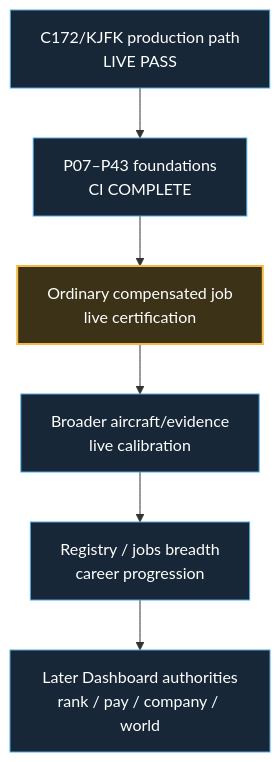
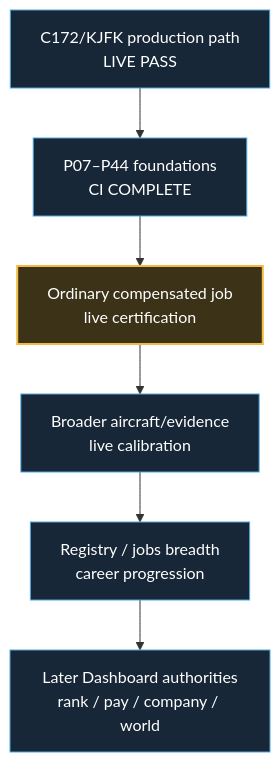
One commit to dhavalpddn-eng/OpenCareer changed the second of 2 diagrams in docs/development-master-checklist.md. Above: the diagram before and after it, drawn with Mermaid. The commit also changed other lines of this file and 2 other files, not shown here.

````diff
--- a/docs/development-master-checklist.md
+++ b/docs/development-master-checklist.md
@@ -54,13 +54,13 @@
 ```mermaid
 flowchart TD
-    A["C172/KJFK production path<br/>LIVE PASS"] --> B["P07–P43 foundations<br/>CI COMPLETE"]
+    A["C172/KJFK production path<br/>LIVE PASS"] --> B["P07–P44 foundations<br/>CI COMPLETE"]
     B --> C["Ordinary compensated job<br/>live certification"]
     C --> D["Broader aircraft/evidence<br/>live calibration"]
     D --> E["Registry / jobs breadth<br/>career progression"]
     E --> F["Later Dashboard authorities<br/>rank / pay / company / world"]
 
     classDef next fill:#3b3218,stroke:#F4B942,color:#fff,stroke-width:2px;
     classDef future fill:#172737,stroke:#4EA8DE,color:#fff,stroke-width:1px;
     class C next;
     class A,B,D,E,F future;
 ```
````
